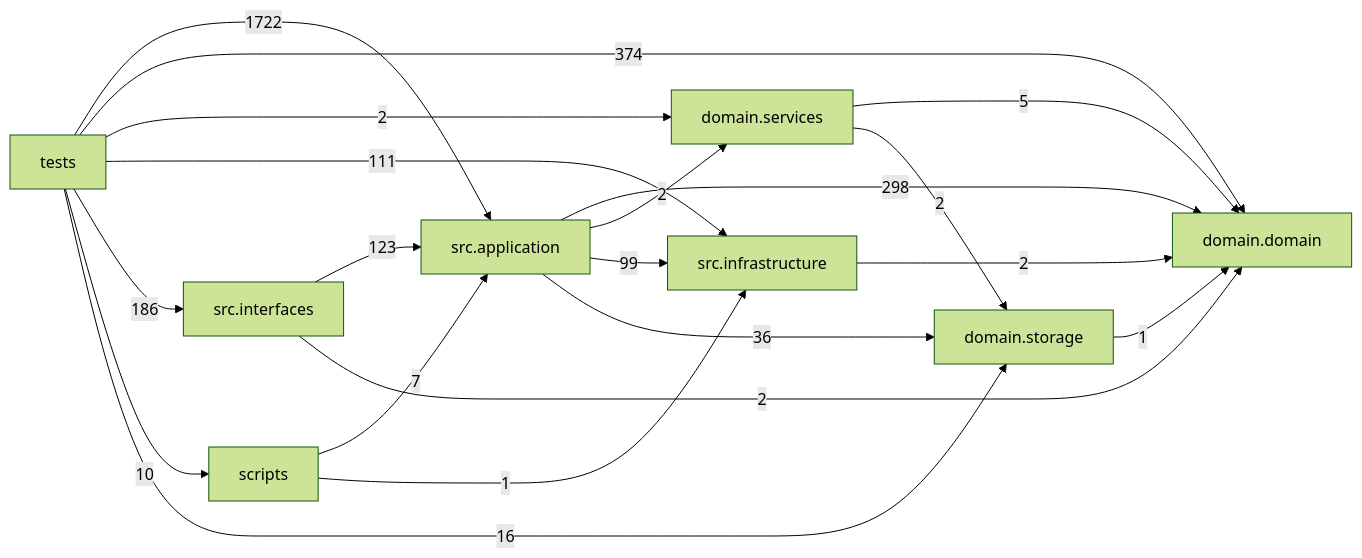
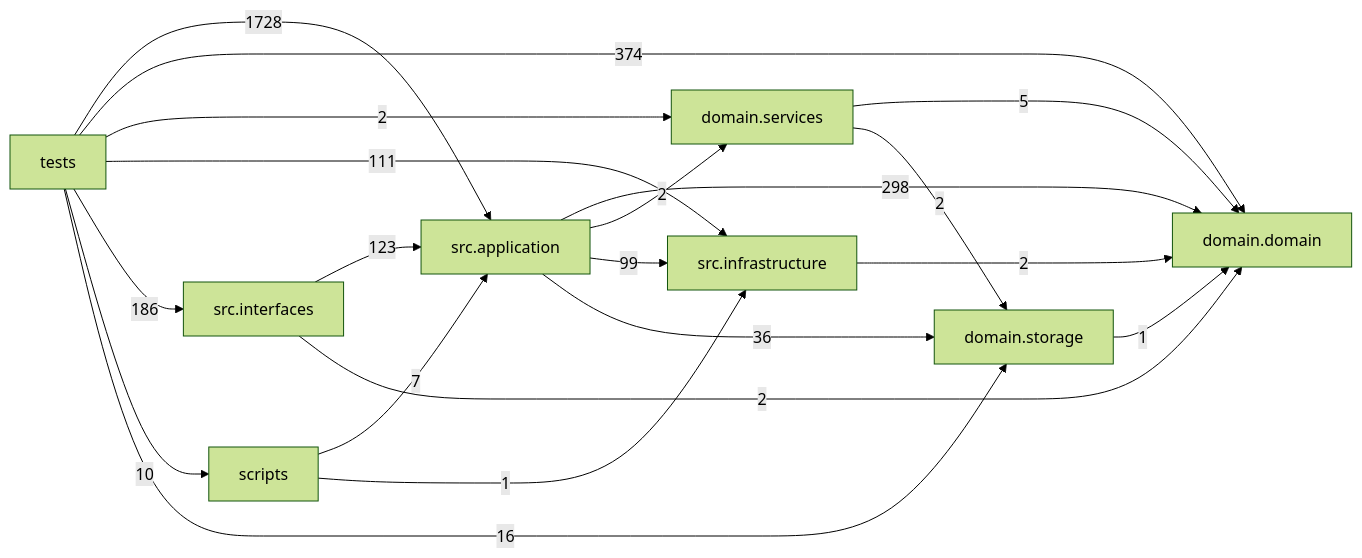
The diagram in docs/DEPENDENCY_GRAPH.md (liuxie066/options-monitor), drawn with Mermaid (forest theme) before and after one commit. The commit also changed other lines of this file and 45 other files, not shown here.

````diff
--- a/docs/DEPENDENCY_GRAPH.md
+++ b/docs/DEPENDENCY_GRAPH.md
@@ -24,30 +24,30 @@
 ```mermaid
 flowchart LR
   tests["tests"]
   scripts["scripts"]
   interfaces["src.interfaces"]
   application["src.application"]
   infrastructure["src.infrastructure"]
   domain_services["domain.services"]
   domain["domain.domain"]
   storage["domain.storage"]
   application -->|298| domain
   application -->|2| domain_services
   application -->|99| infrastructure
   application -->|36| storage
   domain_services -->|5| domain
   domain_services -->|2| storage
   infrastructure -->|2| domain
   interfaces -->|123| application
   interfaces -->|2| domain
   scripts -->|7| application
   scripts -->|1| infrastructure
   storage -->|1| domain
-  tests -->|1722| application
+  tests -->|1728| application
   tests -->|374| domain
   tests -->|2| domain_services
   tests -->|111| infrastructure
   tests -->|186| interfaces
   tests -->|10| scripts
   tests -->|16| storage
 ```
````
